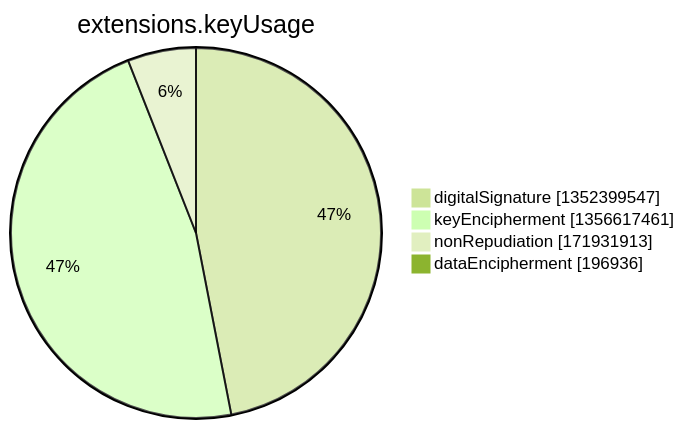
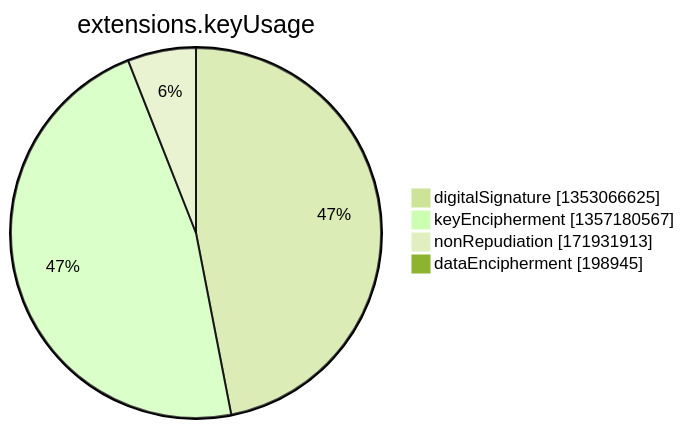
One commit to christiankrug/ctmonitor_visualization changed the seventh of 15 diagrams in argon2022/README.md. Above: the diagram before and after it, drawn with Mermaid (forest theme). The commit also changed other lines of this file, not shown here.

````diff
--- a/argon2022/README.md
+++ b/argon2022/README.md
@@ -2750,8 +2750,8 @@
 ```mermaid
 pie showData
 title extensions.keyUsage
-"digitalSignature" :1352399547
-"keyEncipherment" :1356617461
+"digitalSignature" :1353066625
+"keyEncipherment" :1357180567
 "nonRepudiation" :171931913
-"dataEncipherment" :196936
+"dataEncipherment" :198945
 ```
````
